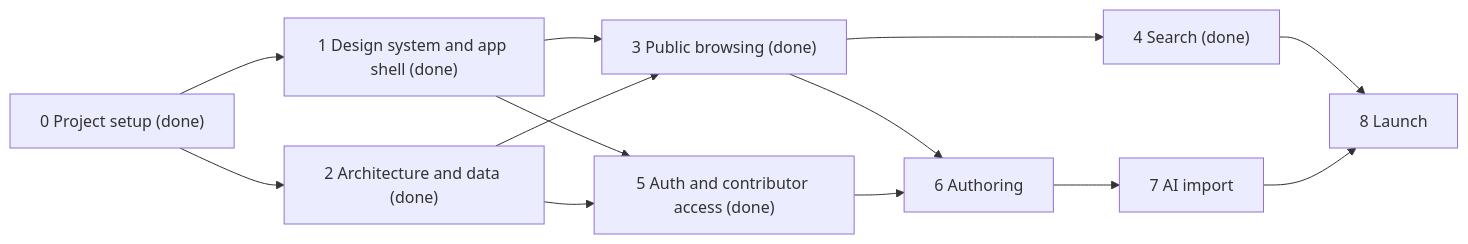
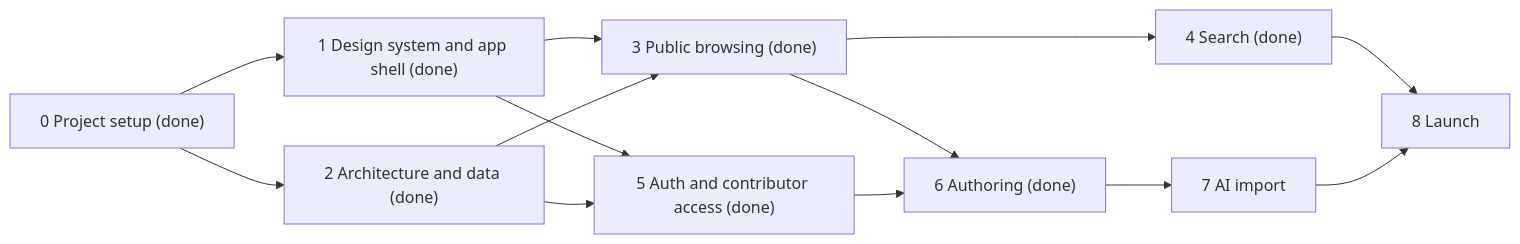
One commit to jaARke/recipe-hub changed the diagram in ROADMAP.md. Above: the diagram before and after it, drawn with Mermaid. The commit also changed other lines of this file, not shown here.

Commit message:
Record Session 6 in the roadmap

````diff
--- a/ROADMAP.md
+++ b/ROADMAP.md
@@ -661,15 +709,15 @@
 ```mermaid
 flowchart LR
 	S0["0 Project setup (done)"] --> S1["1 Design system and app shell (done)"]
 	S0 --> S2["2 Architecture and data (done)"]
 	S1 --> S3["3 Public browsing (done)"]
 	S2 --> S3
 	S3 --> S4["4 Search (done)"]
 	S1 --> S5["5 Auth and contributor access (done)"]
 	S2 --> S5
-	S3 --> S6["6 Authoring"]
+	S3 --> S6["6 Authoring (done)"]
 	S5 --> S6
 	S6 --> S7["7 AI import"]
 	S4 --> S8["8 Launch"]
 	S7 --> S8
 ```
````
